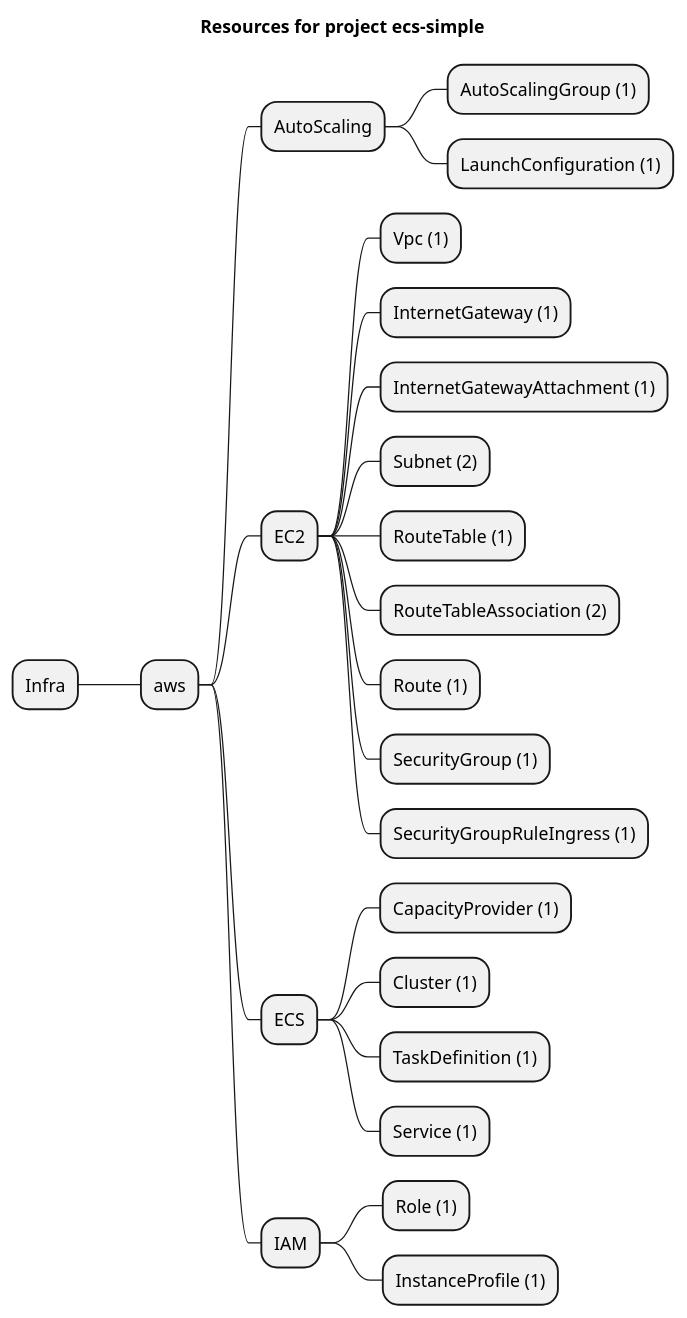
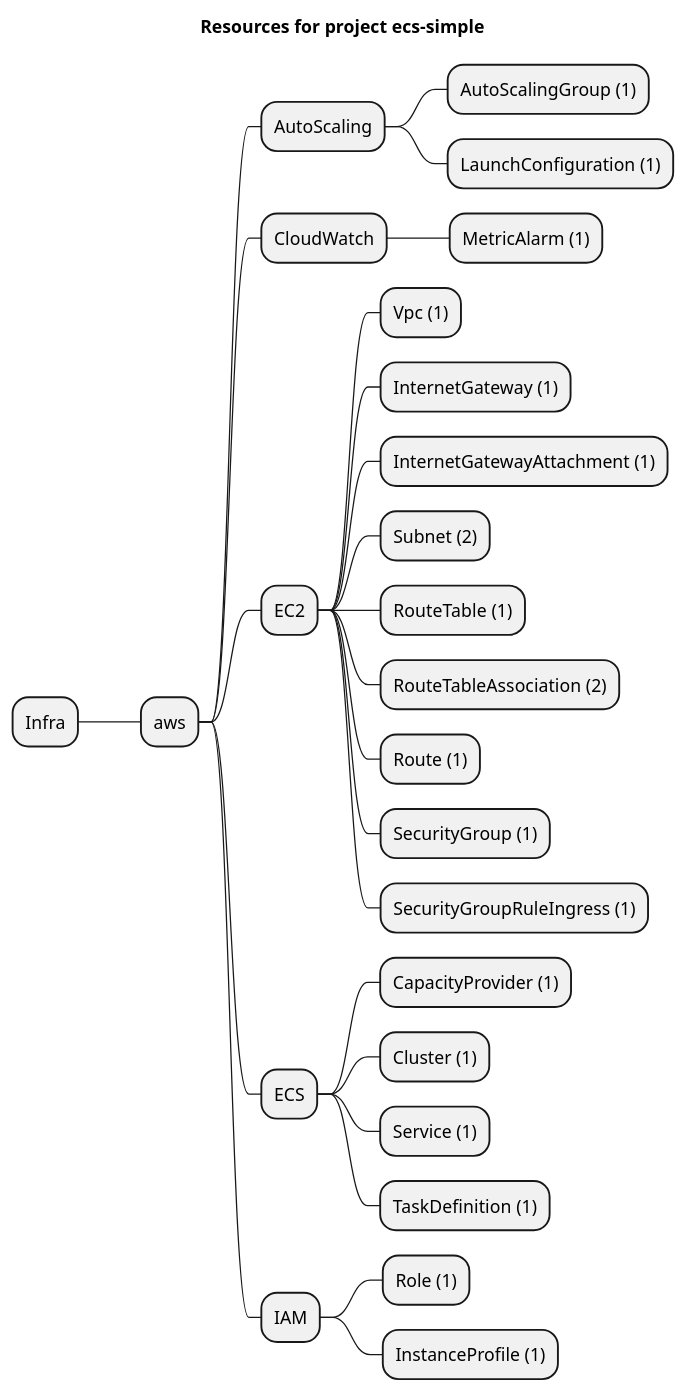
Before and after one commit to grucloud/grucloud: the diagram in examples/aws/ECS/ecs-simple/artifacts/resources-mindmap.puml, drawn with PlantUML. The commit also changed 30 other files, not shown here.

```diff
--- a/examples/aws/ECS/ecs-simple/artifacts/resources-mindmap.puml
+++ b/examples/aws/ECS/ecs-simple/artifacts/resources-mindmap.puml
@@ -1,27 +1,29 @@
 @startmindmap
 title Resources for project ecs-simple
 skinparam monochrome true
 + Infra
 ++ aws
 +++ AutoScaling
 ++++ AutoScalingGroup (1)
 ++++ LaunchConfiguration (1)
++++ CloudWatch
+++++ MetricAlarm (1)
 +++ EC2
 ++++ Vpc (1)
 ++++ InternetGateway (1)
 ++++ InternetGatewayAttachment (1)
 ++++ Subnet (2)
 ++++ RouteTable (1)
 ++++ RouteTableAssociation (2)
 ++++ Route (1)
 ++++ SecurityGroup (1)
 ++++ SecurityGroupRuleIngress (1)
 +++ ECS
 ++++ CapacityProvider (1)
 ++++ Cluster (1)
+++++ Service (1)
 ++++ TaskDefinition (1)
-++++ Service (1)
 +++ IAM
 ++++ Role (1)
 ++++ InstanceProfile (1)
 @endmindmap
```
